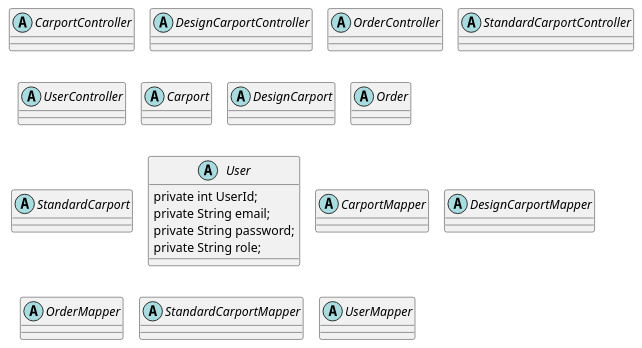
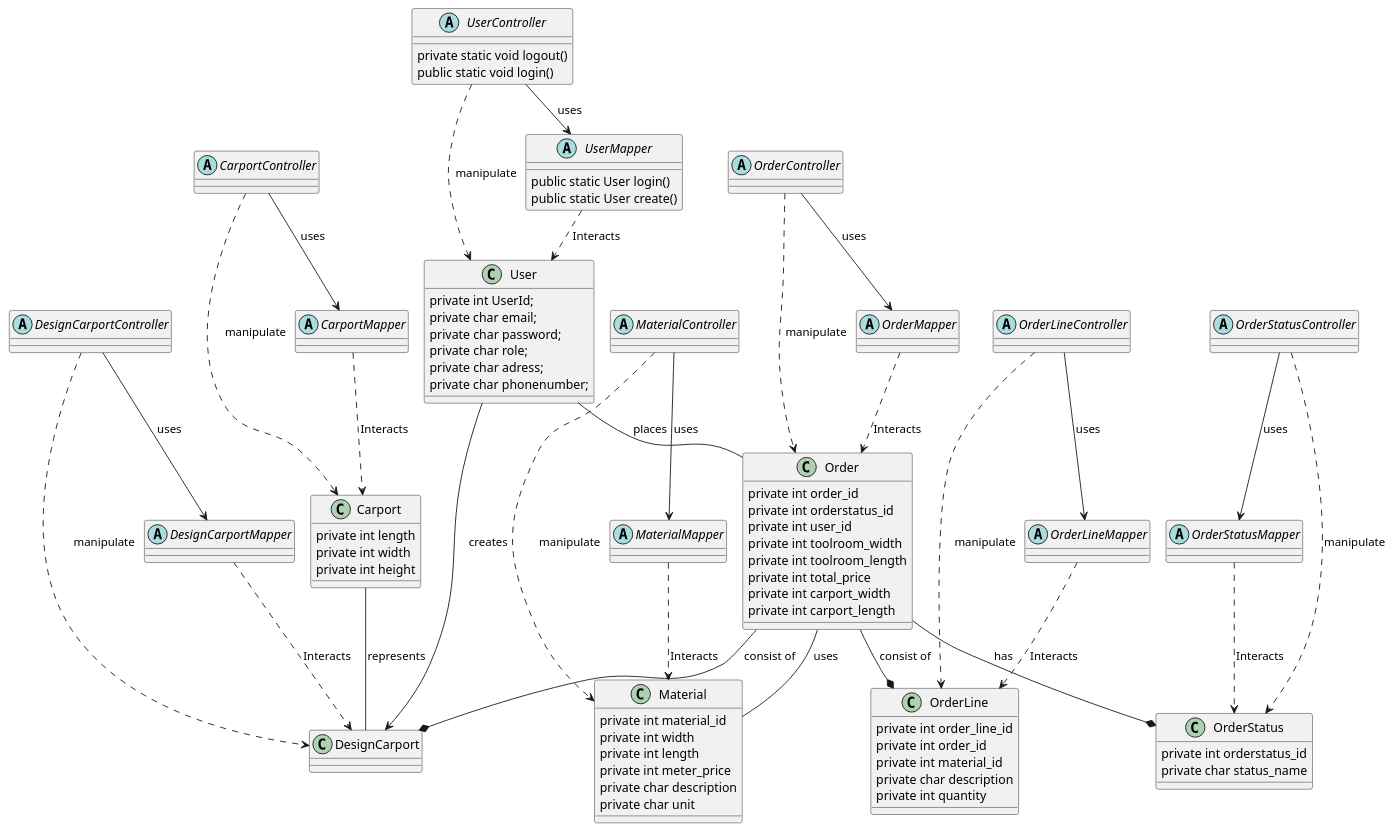
One commit to Marwamnr/Fog-projektet changed the diagram in src/main/resources/public/diagram & model/classDiagram.puml. Above: the diagram before and after it, drawn with PlantUML.

Commit message:
Update classediagram
Update classediagram

```diff
--- a/src/main/resources/public/diagram & model/classDiagram.puml
+++ b/src/main/resources/public/diagram & model/classDiagram.puml
@@ -1,32 +1,130 @@
 @startuml
 'https://plantuml.com/class-diagram
 !pragma layout smetana
 
 
-abstract class CarportController
-abstract class DesignCarportController
-abstract class OrderController
-abstract class StandardCarportController
-abstract class UserController
 
-abstract class Carport
-abstract class DesignCarport
-abstract class Order
-abstract class StandardCarport
-abstract class User {
+ abstract class CarportController
+ abstract class DesignCarportController
+ abstract class OrderController
+ abstract class MaterialController
+ abstract class OrderLineController
+ abstract class OrderStatusController
+
+
+
+ abstract class UserController{
+  private static void logout()
+  public static void login()
+
+ }
+
+
+ class Carport{
+ private int length
+ private int width
+ private int height
+ }
+ class DesignCarport
+ class Order{
+ private int order_id
+ private int orderstatus_id
+ private int user_id
+ private int toolroom_width
+ private int toolroom_length
+ private int total_price
+ private int carport_width
+ private int carport_length
+ }
+ class Material{
+ private int material_id
+ private int width
+ private int length
+ private int meter_price
+ private char description
+ private char unit
+ }
+ class OrderLine{
+ private int order_line_id
+ private int order_id
+ private int material_id
+ private char description
+ private int quantity
+ }
+ class OrderStatus{
+ private int orderstatus_id
+ private char status_name
+ }
+ class User {
     private int UserId;
-    private String email;
-    private String password;
-    private String role;
+    private char email;
+    private char password;
+    private char role;
+    private char adress;
+    private char phonenumber;
+
+
 }
-
-abstract class CarportMapper
-abstract class DesignCarportMapper
-abstract class OrderMapper
-abstract class StandardCarportMapper
-abstract class UserMapper
 
 
 
 
+ abstract class CarportMapper
+ abstract class DesignCarportMapper
+ abstract class OrderMapper
+ abstract class MaterialMapper
+ abstract class OrderLineMapper
+ abstract class OrderStatusMapper
+ abstract class UserMapper{
+ public static User login()
+ public static User create()
+
+ }
+
+
+
+
+
+ CarportController..> Carport : manipulate
+ CarportMapper..>Carport : Interacts
+ CarportController --> CarportMapper : uses
+
+ DesignCarportController..> DesignCarport : manipulate
+ DesignCarportMapper..>DesignCarport : Interacts
+ DesignCarportController--> DesignCarportMapper : uses
+
+ OrderController..> Order : manipulate
+ OrderMapper..>Order : Interacts
+ OrderController --> OrderMapper : uses
+
+ MaterialController..> Material : manipulate
+ MaterialMapper..>Material : Interacts
+ MaterialController--> MaterialMapper : uses
+
+ OrderLineController..> OrderLine : manipulate
+ OrderLineMapper..>OrderLine : Interacts
+ OrderLineController--> OrderLineMapper : uses
+
+ OrderStatusController..> OrderStatus : manipulate
+ OrderStatusMapper..>OrderStatus : Interacts
+ OrderStatusController--> OrderStatusMapper : uses
+
+ UserController..> User : manipulate
+ UserMapper..>User : Interacts
+ UserController --> UserMapper : uses
+
+
+
+
+
+
+
+Carport-- DesignCarport : represents
+User-->DesignCarport : creates
+User -- Order : places
+Order--Material : uses
+Order --* OrderLine : consist of
+Order --* DesignCarport : consist of
+Order --* OrderStatus:has
+
 @enduml
```
